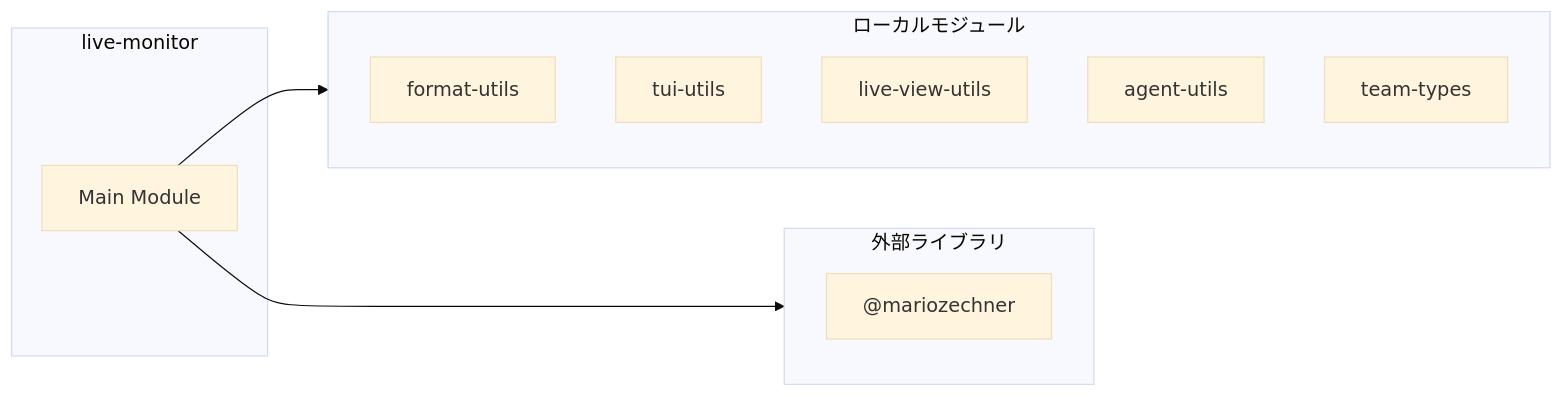
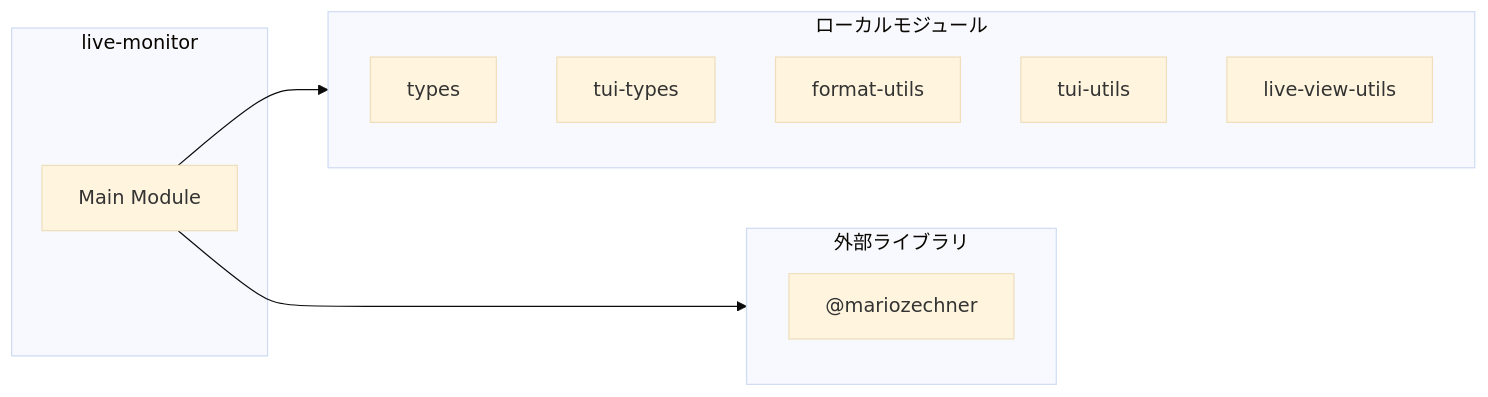
One commit to Mekann2904/mekann changed the second of 4 diagrams in ABDD/.pi/extensions/agent-teams/live-monitor.md. Above: the diagram before and after it, drawn with Mermaid (base theme). The commit also changed other lines of this file and 189 other files, not shown here.

````diff
--- a/ABDD/.pi/extensions/agent-teams/live-monitor.md
+++ b/ABDD/.pi/extensions/agent-teams/live-monitor.md
@@ -59,18 +59,18 @@
 ```mermaid
 flowchart LR
   subgraph this[live-monitor]
     main[Main Module]
   end
   subgraph local[ローカルモジュール]
+    types["types"]
+    tui_types["tui-types"]
     format_utils["format-utils"]
     tui_utils["tui-utils"]
     live_view_utils["live-view-utils"]
-    agent_utils["agent-utils"]
-    team_types["team-types"]
   end
   main --> local
   subgraph external[外部ライブラリ]
     _mariozechner["@mariozechner"]
   end
   main --> external
 ```
````
